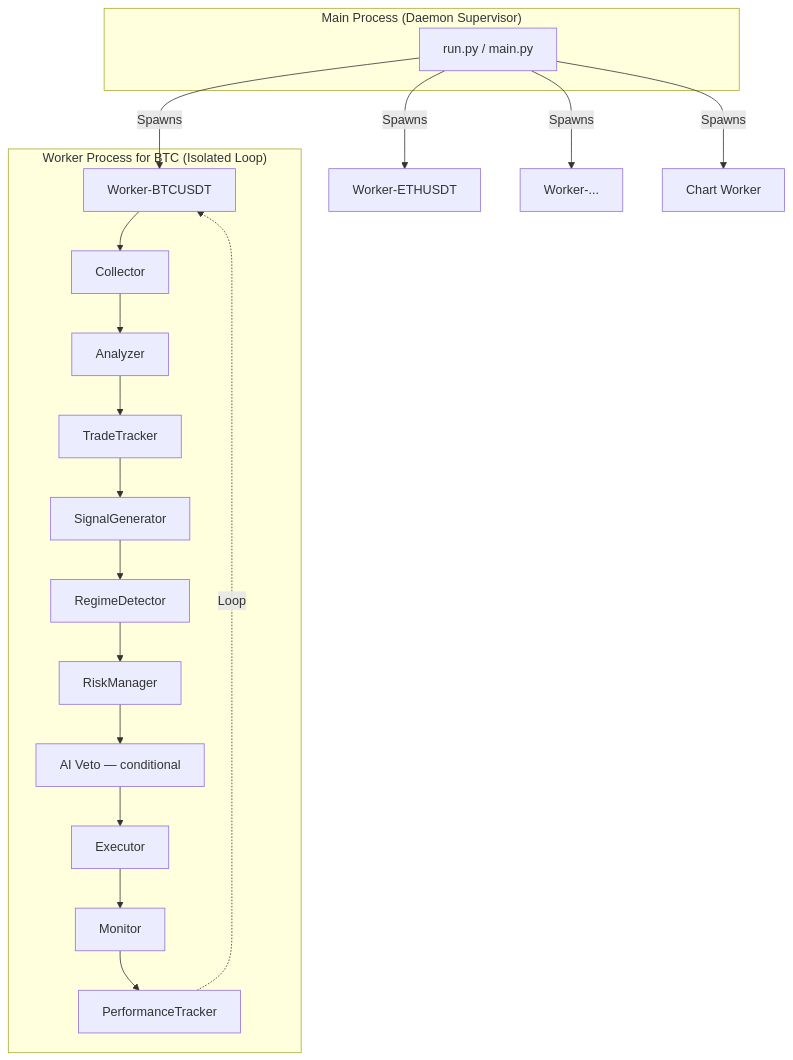
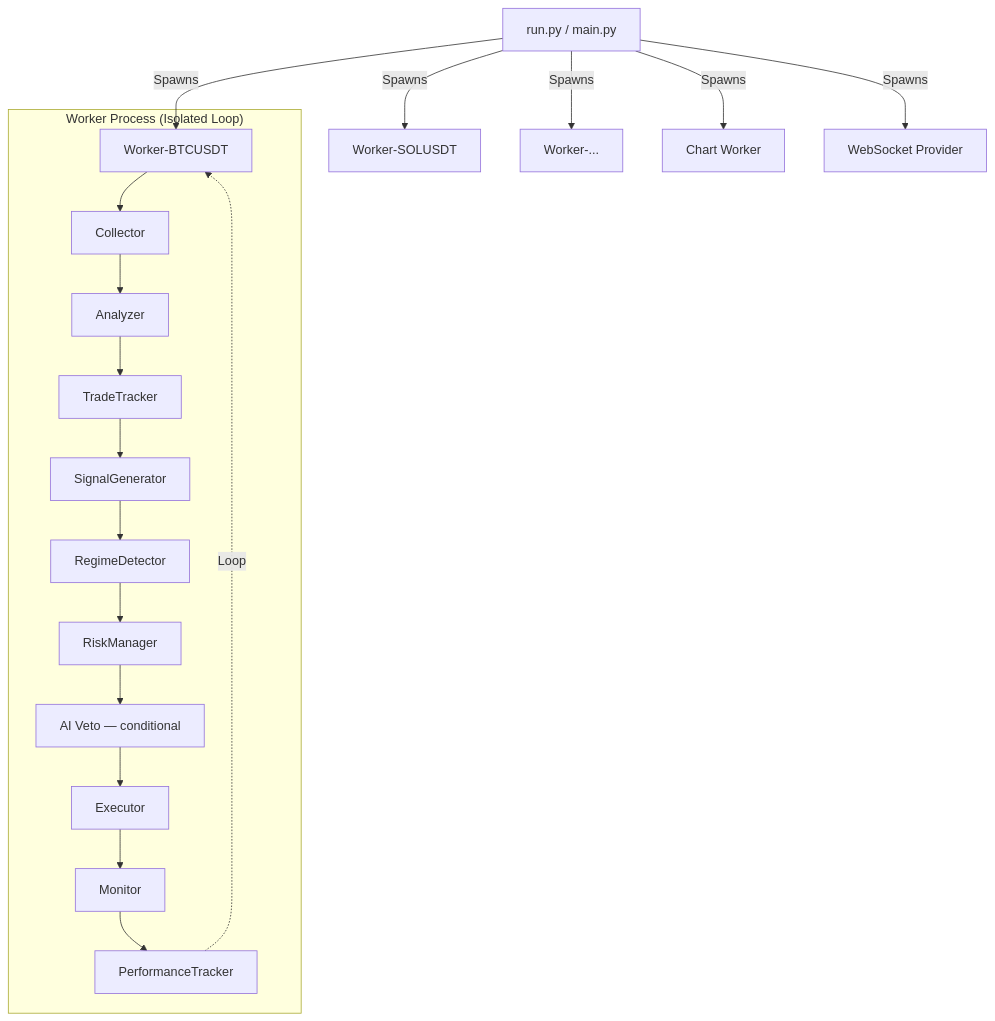
The diagram in README.md (xierongchuan/ServoEngine), drawn with Mermaid before and after one commit. The commit also changed other lines of this file and 31 other files, not shown here.

````diff
--- a/README.md
+++ b/README.md
@@ -277,25 +230,22 @@
 ```mermaid
 graph TD
     Launcher[run.py / main.py] -->|Spawns| Worker1[Worker-BTCUSDT]
-    Launcher -->|Spawns| Worker2[Worker-ETHUSDT]
+    Launcher -->|Spawns| Worker2[Worker-SOLUSDT]
     Launcher -->|Spawns| Worker3[Worker-...]
     Launcher -->|Spawns| ChartW[Chart Worker]
+    Launcher -->|Spawns| WSP[WebSocket Provider]
 
-    subgraph "Main Process (Daemon Supervisor)"
-        Launcher
-    end
-
-    subgraph "Worker Process for BTC (Isolated Loop)"
+    subgraph "Worker Process (Isolated Loop)"
         Worker1 --> Collector1[Collector]
         Collector1 --> Analyzer1[Analyzer]
         Analyzer1 --> TradeTracker1[TradeTracker]
         TradeTracker1 --> Signal1[SignalGenerator]
         Signal1 --> Regime1[RegimeDetector]
         Regime1 --> Risk1[RiskManager]
         Risk1 --> Predictor1[AI Veto — conditional]
         Predictor1 --> Executor1[Executor]
         Executor1 --> Monitor1[Monitor]
         Monitor1 --> Perf1[PerformanceTracker]
         Perf1 -.->|Loop| Worker1
     end
 ```
````
